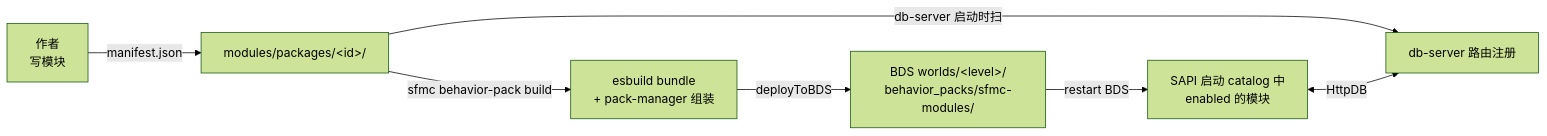
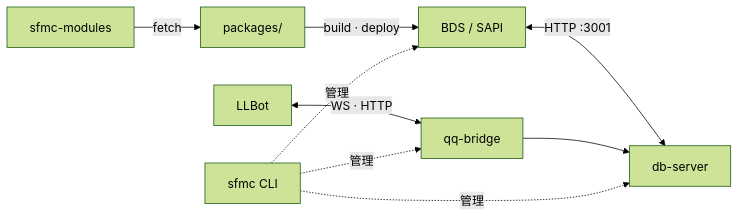
One commit to DogeLakeDev/ScriptsForMinecraftServer changed the diagram in README.md. Above: the diagram before and after it, drawn with Mermaid (forest theme). The commit also changed other lines of this file and 119 other files, not shown here.

````diff
--- a/README.md
+++ b/README.md
@@ -126,9 +28,8 @@
 ```mermaid
 flowchart LR
-    A["作者<br/>写模块"] -->|manifest.json| B["modules/packages/&lt;id&gt;/"]
-    B -->|sfmc behavior-pack build| C["esbuild bundle<br/>+ pack-manager 组装"]
-    C -->|deployToBDS| D["BDS worlds/&lt;level&gt;/<br/>behavior_packs/sfmc-modules/"]
-    D -->|restart BDS| E["SAPI 启动 catalog 中<br/>enabled 的模块"]
-    B -->|db-server 启动时扫| F["db-server 路由注册"]
-    E <-->|HttpDB| F
+  REG["sfmc-modules"] -->|fetch| PKG["packages/"]
+  PKG -->|build · deploy| BDS["BDS / SAPI"]
+  BDS <-->|HTTP :3001| DB["db-server"]
+  LLBot <-->|WS · HTTP| QQ["qq-bridge"] --> DB
+  SFMC["sfmc CLI"] -. 管理 .-> BDS & DB & QQ
 ```
````
